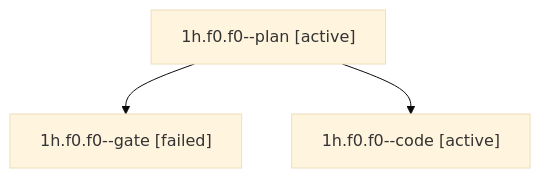
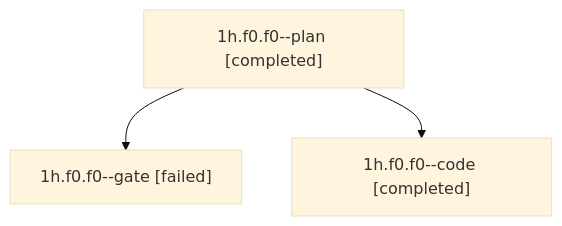
Before and after one commit to sase-org/sase--agents: the diagram in families/bbugyi200.apollo.1h.f0.f0.md, drawn with Mermaid (base theme). The commit also changed other lines of this file and 86 other files, not shown here.

````diff
--- a/families/bbugyi200.apollo.1h.f0.f0.md
+++ b/families/bbugyi200.apollo.1h.f0.f0.md
@@ -9,8 +9,8 @@
 ```mermaid
 flowchart TD
-  n0["1h.f0.f0--plan [active]"]
+  n0["1h.f0.f0--plan [completed]"]
   n1["1h.f0.f0--gate [failed]"]
   n0 --> n1
-  n2["1h.f0.f0--code [active]"]
+  n2["1h.f0.f0--code [completed]"]
   n0 --> n2
 ```
````
